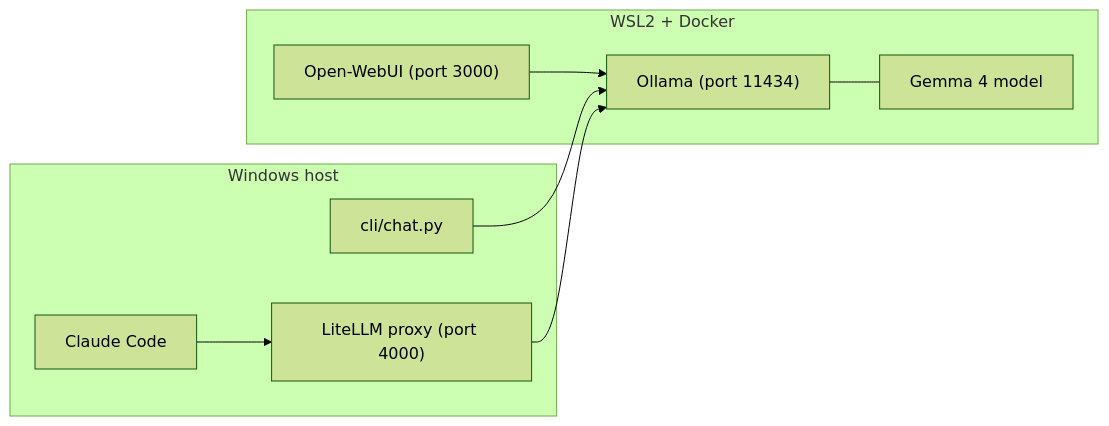
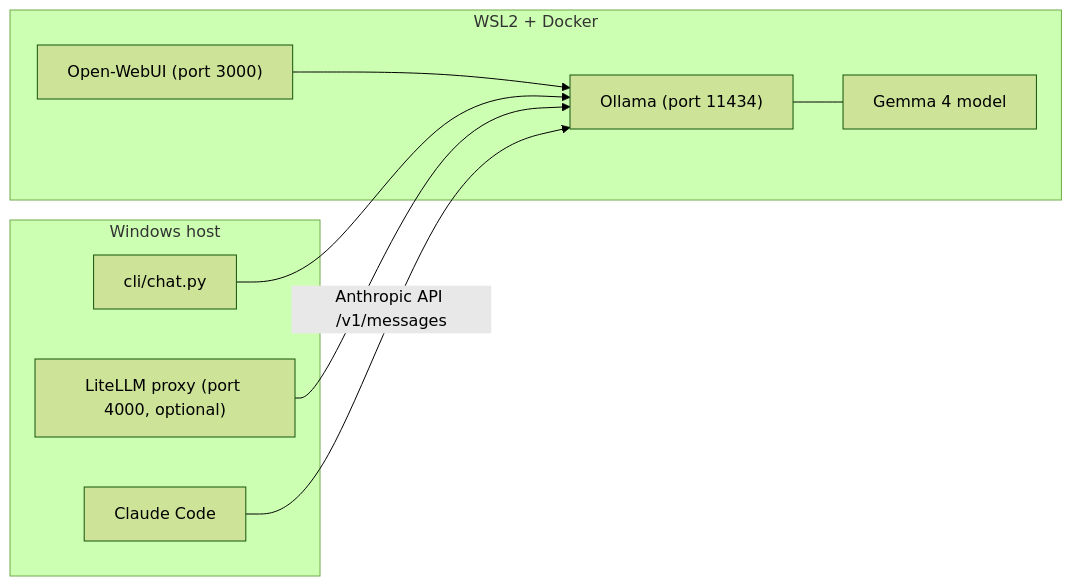
The diagram in docs/architecture.md (asafb2k/gemma_4_local_setup), drawn with Mermaid (forest theme) before and after one commit. The commit also changed other lines of this file and 5 other files, not shown here.

Commit message:
Refactor Claude Code integration to use Ollama's native Anthropic API, removing the LiteLLM proxy requirement. Update README, architecture, and troubleshooting documentation to reflect changes. Adjust scripts and configuration files for direct model access and enhanced functionality.

````diff
--- a/docs/architecture.md
+++ b/docs/architecture.md
@@ -13,20 +15,20 @@
 ```mermaid
 flowchart LR
     subgraph wsl2Docker [WSL2 + Docker]
         OLLAMA["Ollama (port 11434)"]
         MODEL["Gemma 4 model"]
         WEBUI["Open-WebUI (port 3000)"]
         OLLAMA --- MODEL
         WEBUI --> OLLAMA
     end
 
     subgraph windowsHost [Windows host]
         CLI["cli/chat.py"]
-        LLM["LiteLLM proxy (port 4000)"]
+        LLM["LiteLLM proxy (port 4000, optional)"]
         CC["Claude Code"]
     end
 
     CLI --> OLLAMA
     LLM --> OLLAMA
-    CC --> LLM
+    CC -->|"Anthropic API /v1/messages"| OLLAMA
 ```
````
